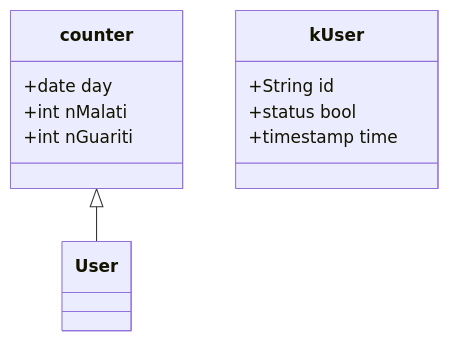
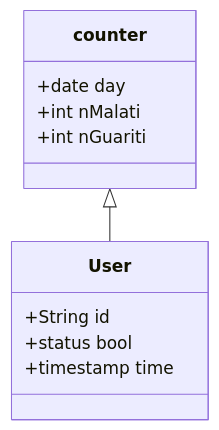
One commit to Ciamma/CovidStatisticAWS changed the diagram in report/CounterAnalisys.md. Above: the diagram before and after it, drawn with Mermaid.

````diff
--- a/report/CounterAnalisys.md
+++ b/report/CounterAnalisys.md
@@ -7,15 +7,15 @@
 ```mermaid 
  classDiagram
     counter <|-- User
     %% id stringa di 15 caratteri 
-    class kUser{
+    class User{
         +String id
         +status bool
         +timestamp time
     }
     class counter{
         +date day
         +int nMalati
         +int nGuariti
     }
 ```
````
